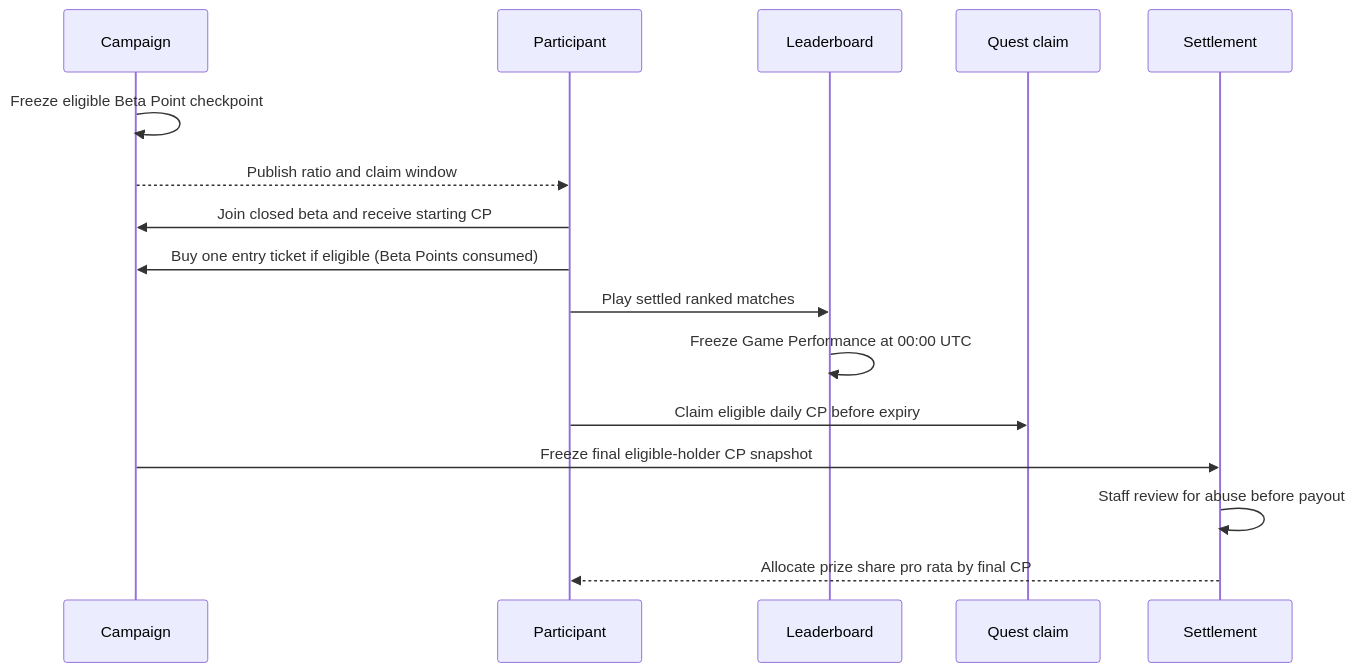
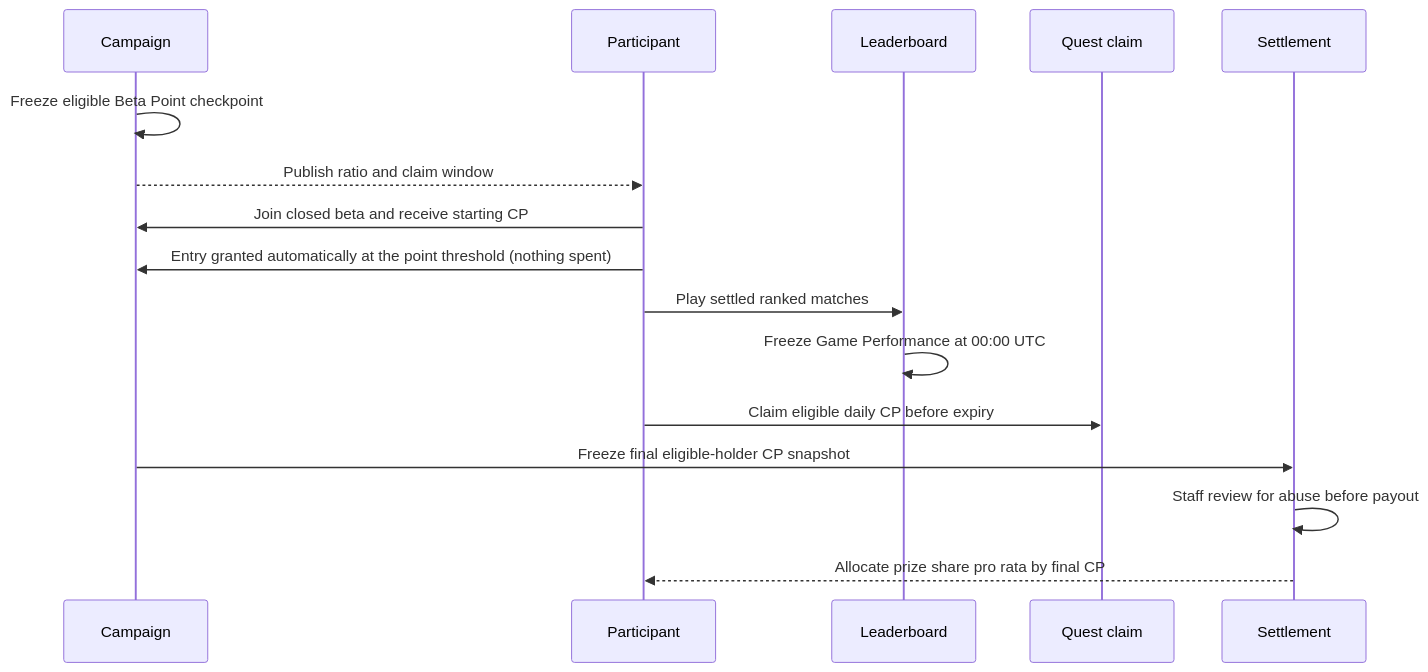
The second of 2 diagrams in docs/closed-beta-economics.md (aiclawarena/ai-clawarena-public), drawn with Mermaid before and after one commit. The commit also changed other lines of this file and 2 other files, not shown here.

First line of the commit message:
docs: prize-pool entry is granted at a point threshold, not bought

````diff
--- a/docs/closed-beta-economics.md
+++ b/docs/closed-beta-economics.md
@@ -284,19 +284,19 @@
 ```mermaid
 sequenceDiagram
     participant C as Campaign
     participant U as Participant
     participant L as Leaderboard
     participant Q as Quest claim
     participant S as Settlement
 
     C->>C: Freeze eligible Beta Point checkpoint
     C-->>U: Publish ratio and claim window
     U->>C: Join closed beta and receive starting CP
-    U->>C: Buy one entry ticket if eligible (Beta Points consumed)
+    U->>C: Entry granted automatically at the point threshold (nothing spent)
     U->>L: Play settled ranked matches
     L->>L: Freeze Game Performance at 00:00 UTC
     U->>Q: Claim eligible daily CP before expiry
     C->>S: Freeze final eligible-holder CP snapshot
     S->>S: Staff review for abuse before payout
     S-->>U: Allocate prize share pro rata by final CP
 ```
````
